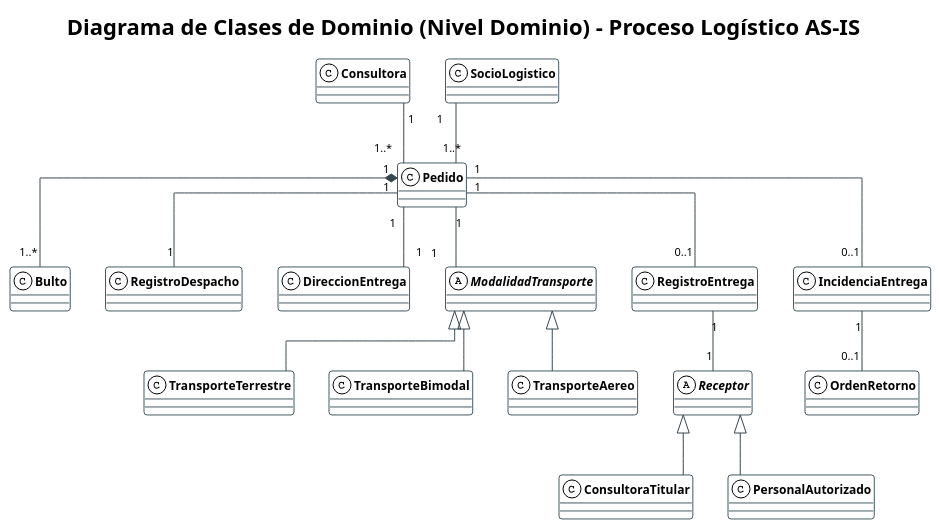
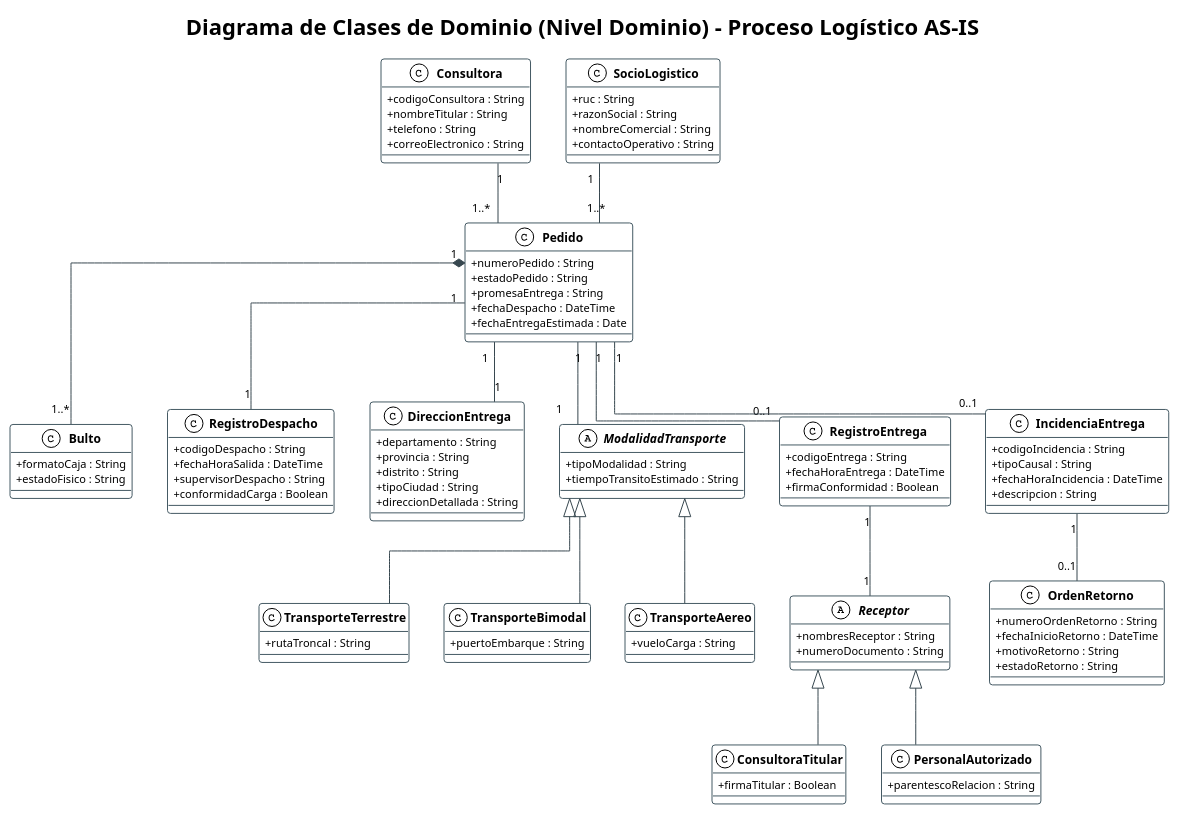
The diagram in arq-emp AS-IS/Diagrama de Clases (Nivel Dominio)/Diagrama_Clases_Dominio.puml (SaraviaH/arq-emp), drawn with PlantUML before and after one commit. The commit also changed 36 other files, not shown here.

```diff
--- a/arq-emp AS-IS/Diagrama de Clases (Nivel Dominio)/Diagrama_Clases_Dominio.puml
+++ b/arq-emp AS-IS/Diagrama de Clases (Nivel Dominio)/Diagrama_Clases_Dominio.puml
@@ -1,84 +1,155 @@
 @startuml Diagrama_Clases_Dominio_Yanbal
 
 !theme plain
 skinparam shadowing false
 skinparam roundcorner 6
 skinparam defaultFontName "Arial"
 skinparam defaultFontSize 11
 skinparam classAttributeIconSize 0
 skinparam linetype ortho
 
 skinparam class {
     BackgroundColor White
     BorderColor #455A64
     ArrowColor #37474F
     FontSize 12
     FontStyle bold
 }
 
 title Diagrama de Clases de Dominio (Nivel Dominio) - Proceso Logístico AS-IS
 
 ' =========================================================
-' CLASES DEL DOMINIO
+' CLASES DEL DOMINIO CON ATRIBUTOS CONCEPTUALES
 ' =========================================================
 
-class Pedido
-class Bulto
-class RegistroDespacho
+class Pedido {
+    +numeroPedido : String
+    +estadoPedido : String
+    +promesaEntrega : String
+    +fechaDespacho : DateTime
+    +fechaEntregaEstimada : Date
+}
 
-class Consultora
-class DireccionEntrega
+class Bulto {
+    +formatoCaja : String
+    +estadoFisico : String
+}
 
-class SocioLogistico
-abstract class ModalidadTransporte
-class TransporteTerrestre
-class TransporteBimodal
-class TransporteAereo
+class RegistroDespacho {
+    +codigoDespacho : String
+    +fechaHoraSalida : DateTime
+    +supervisorDespacho : String
+    +conformidadCarga : Boolean
+}
 
-class RegistroEntrega
-abstract class Receptor
-class ConsultoraTitular
-class PersonalAutorizado
+class Consultora {
+    +codigoConsultora : String
+    +nombreTitular : String
+    +telefono : String
+    +correoElectronico : String
+}
 
-class IncidenciaEntrega
-class OrdenRetorno
+class DireccionEntrega {
+    +departamento : String
+    +provincia : String
+    +distrito : String
+    +tipoCiudad : String
+    +direccionDetallada : String
+}
+
+class SocioLogistico {
+    +ruc : String
+    +razonSocial : String
+    +nombreComercial : String
+    +contactoOperativo : String
+}
+
+abstract class ModalidadTransporte {
+    +tipoModalidad : String
+    +tiempoTransitoEstimado : String
+}
+
+class TransporteTerrestre {
+    +rutaTroncal : String
+}
+
+class TransporteBimodal {
+    +puertoEmbarque : String
+}
+
+class TransporteAereo {
+    +vueloCarga : String
+}
+
+class RegistroEntrega {
+    +codigoEntrega : String
+    +fechaHoraEntrega : DateTime
+    +firmaConformidad : Boolean
+}
+
+abstract class Receptor {
+    +nombresReceptor : String
+    +numeroDocumento : String
+}
+
+class ConsultoraTitular {
+    +firmaTitular : Boolean
+}
+
+class PersonalAutorizado {
+    +parentescoRelacion : String
+}
+
+class IncidenciaEntrega {
+    +codigoIncidencia : String
+    +tipoCausal : String
+    +fechaHoraIncidencia : DateTime
+    +descripcion : String
+}
+
+class OrdenRetorno {
+    +numeroOrdenRetorno : String
+    +fechaInicioRetorno : DateTime
+    +motivoRetorno : String
+    +estadoRetorno : String
+}
 
 
 ' =========================================================
 ' ASOCIACIONES DEL DOMINIO
 ' =========================================================
 
 Consultora "1" -- "1..*" Pedido
 
 Pedido "1" *-- "1..*" Bulto
 
 Pedido "1" -- "1" RegistroDespacho
 
 Pedido "1" -- "1" DireccionEntrega
 
 SocioLogistico "1" -- "1..*" Pedido
 
 Pedido "1" -- "1" ModalidadTransporte
 
 Pedido "1" -- "0..1" RegistroEntrega
 
 RegistroEntrega "1" -- "1" Receptor
 
 Pedido "1" -- "0..1" IncidenciaEntrega
 
 IncidenciaEntrega "1" -- "0..1" OrdenRetorno
 
 
 ' =========================================================
 ' GENERALIZACIONES
 ' =========================================================
 
 ModalidadTransporte <|-- TransporteTerrestre
 ModalidadTransporte <|-- TransporteBimodal
 ModalidadTransporte <|-- TransporteAereo
 
 Receptor <|-- ConsultoraTitular
 Receptor <|-- PersonalAutorizado
 
 
 @enduml
```
